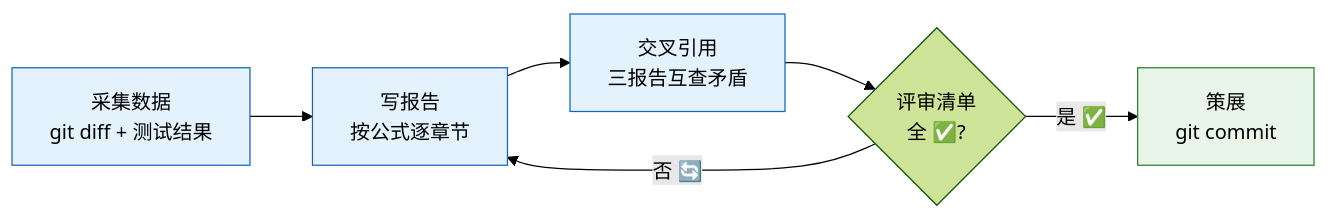
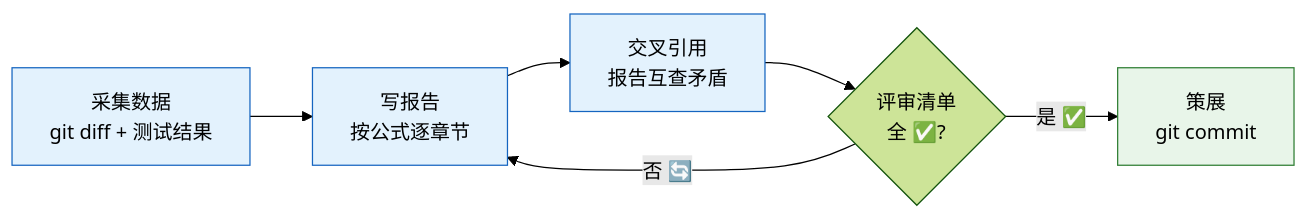
Before and after one commit to effiy/YrY: the second of 5 diagrams in agents/reporter.md, drawn with Mermaid (forest theme). The commit also changed other lines of this file and 90 other files, not shown here.

````diff
--- a/agents/reporter.md
+++ b/agents/reporter.md
@@ -49,11 +46,11 @@
 ```mermaid
 flowchart LR
     COL["采集数据<br/>git diff + 测试结果"]:::step --> WRI["写报告<br/>按公式逐章节"]:::step
-    WRI --> XREF["交叉引用<br/>三报告互查矛盾"]:::step
+    WRI --> XREF["交叉引用<br/>报告互查矛盾"]:::step
     XREF --> CHK{"评审清单<br/>全 ✅?"}
     CHK -->|"否 🔄"| WRI
     CHK -->|"是 ✅"| CUR["策展<br/>git commit"]:::done
 
     classDef step fill:#e3f2fd,stroke:#1565c0;
     classDef done fill:#e8f5e9,stroke:#2e7d32;
 ```
````
